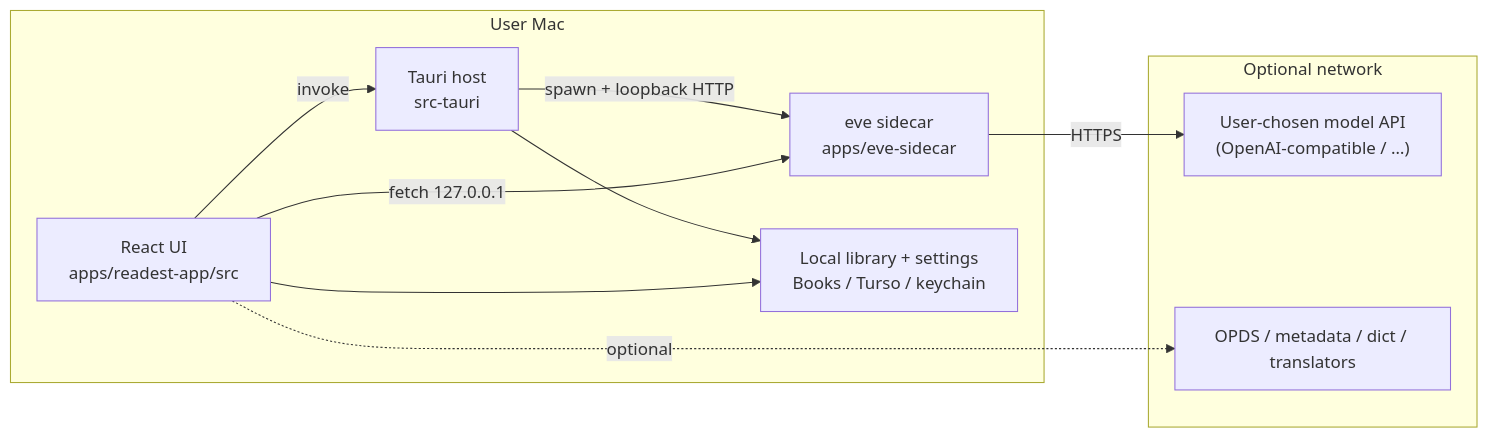
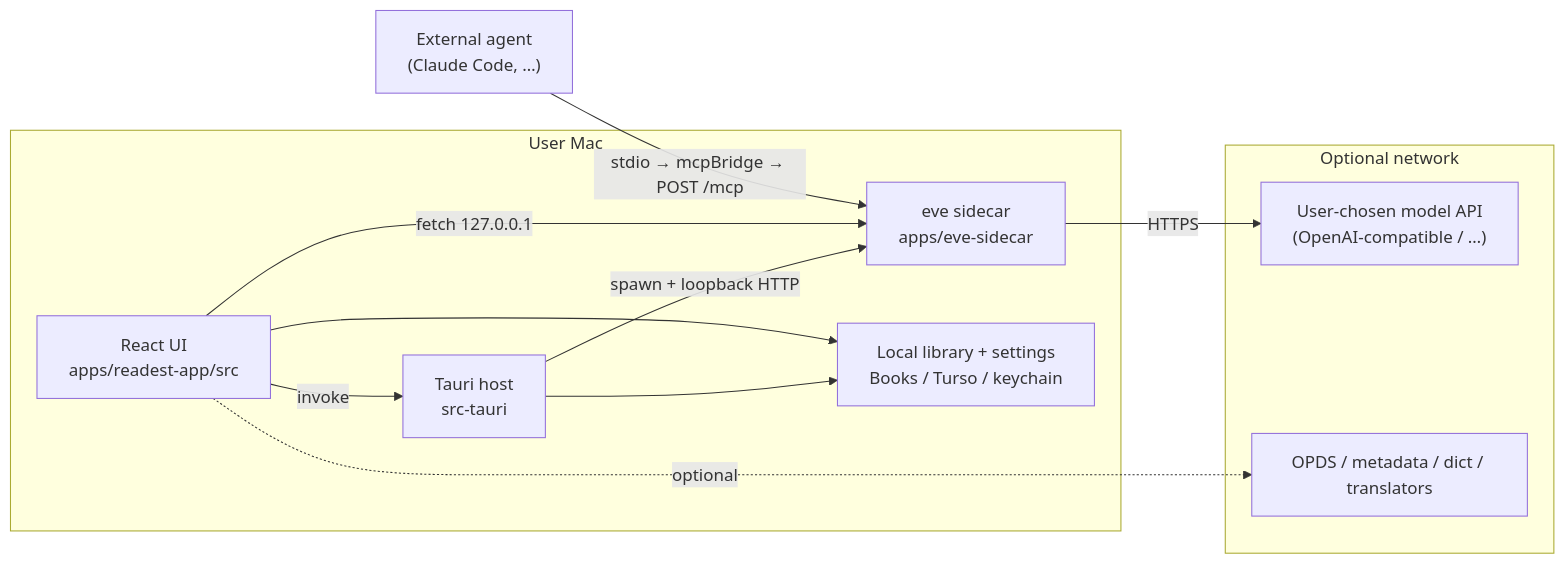
The first of 3 diagrams in apps/readest-app/docs/architecture.md (lima1217/wellread), drawn with Mermaid before and after one commit. The commit also changed other lines of this file and 4 other files, not shown here.

````diff
--- a/apps/readest-app/docs/architecture.md
+++ b/apps/readest-app/docs/architecture.md
@@ -28,22 +28,25 @@
 ```mermaid
 flowchart LR
     subgraph Machine["User Mac"]
         UI["React UI<br/>apps/readest-app/src"]
         Tauri["Tauri host<br/>src-tauri"]
         Eve["eve sidecar<br/>apps/eve-sidecar"]
         Disk["Local library + settings<br/>Books / Turso / keychain"]
     end
 
+    Agent["External agent<br/>(Claude Code, …)"]
+
     subgraph Optional["Optional network"]
         Model["User-chosen model API<br/>(OpenAI-compatible / …)"]
         Catalogs["OPDS / metadata / dict / translators"]
     end
 
     UI -- invoke --> Tauri
     Tauri -- spawn + loopback HTTP --> Eve
     UI -- fetch 127.0.0.1 --> Eve
+    Agent -- "stdio → mcpBridge → POST /mcp" --> Eve
     Tauri --> Disk
     UI --> Disk
     Eve -- HTTPS --> Model
     UI -.optional.-> Catalogs
 ```
````
